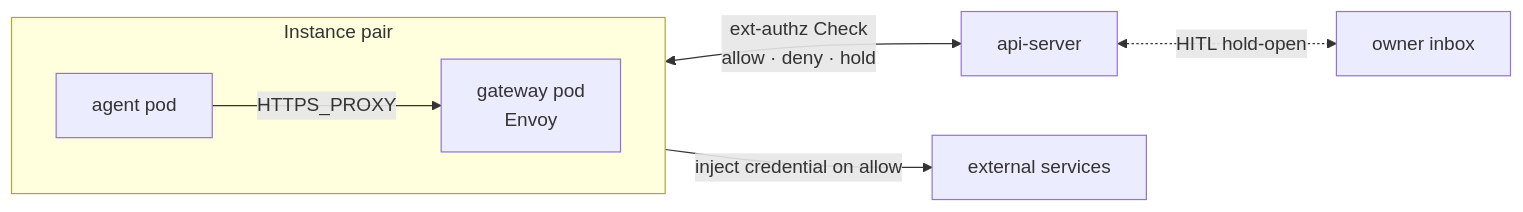
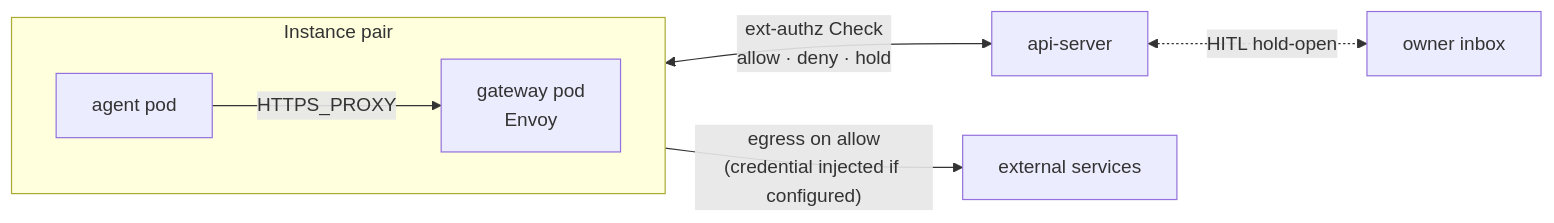
Before and after one commit to dam-agents/dam: the second of 2 diagrams in docs/strategy/security-overview.md, drawn with Mermaid. The commit also changed other lines of this file, not shown here.

Commit message:
docs: correct ext-authz scope — gates all egress, not just credentialed

````diff
--- a/docs/strategy/security-overview.md
+++ b/docs/strategy/security-overview.md
@@ -55,17 +58,17 @@
 ```mermaid
 flowchart LR
   subgraph pair[Instance pair]
     direction LR
     agent[agent pod]
     gw["gateway pod<br/>Envoy"]
   end
 
   api[api-server]
   owner[owner inbox]
   ext[external services]
 
   agent -->|HTTPS_PROXY| gw
   gw <-->|"ext-authz Check<br/>allow · deny · hold"| api
   api <-.->|HITL hold-open| owner
-  gw -->|inject credential on allow| ext
+  gw -->|"egress on allow<br/>(credential injected if configured)"| ext
 ```
````
